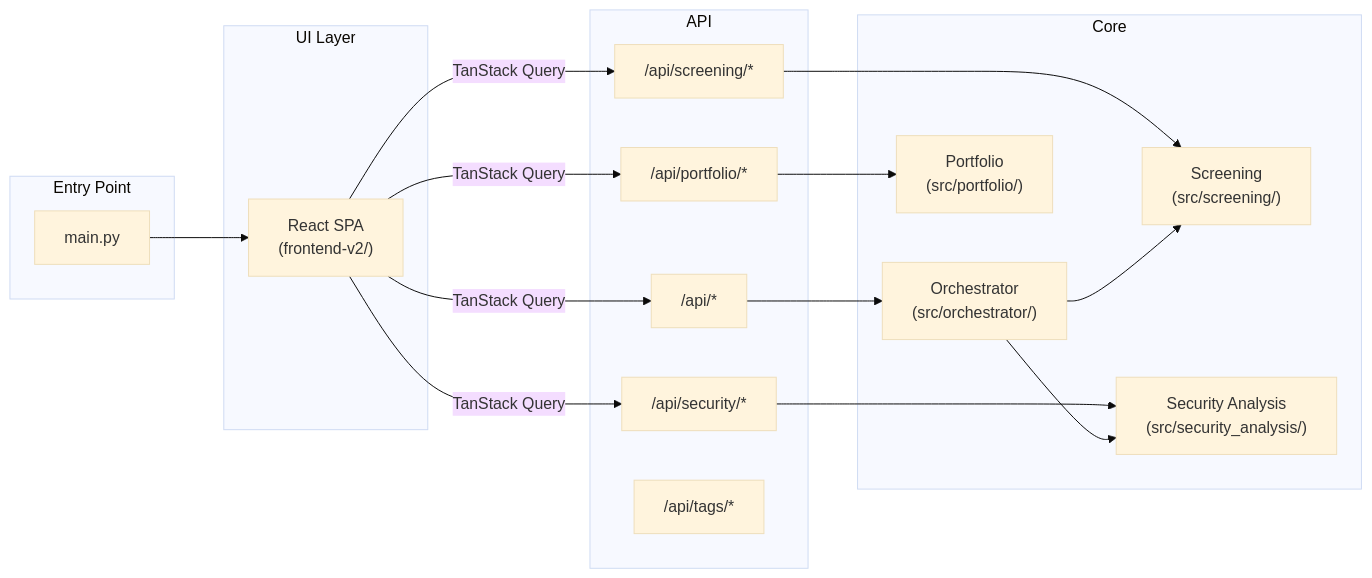
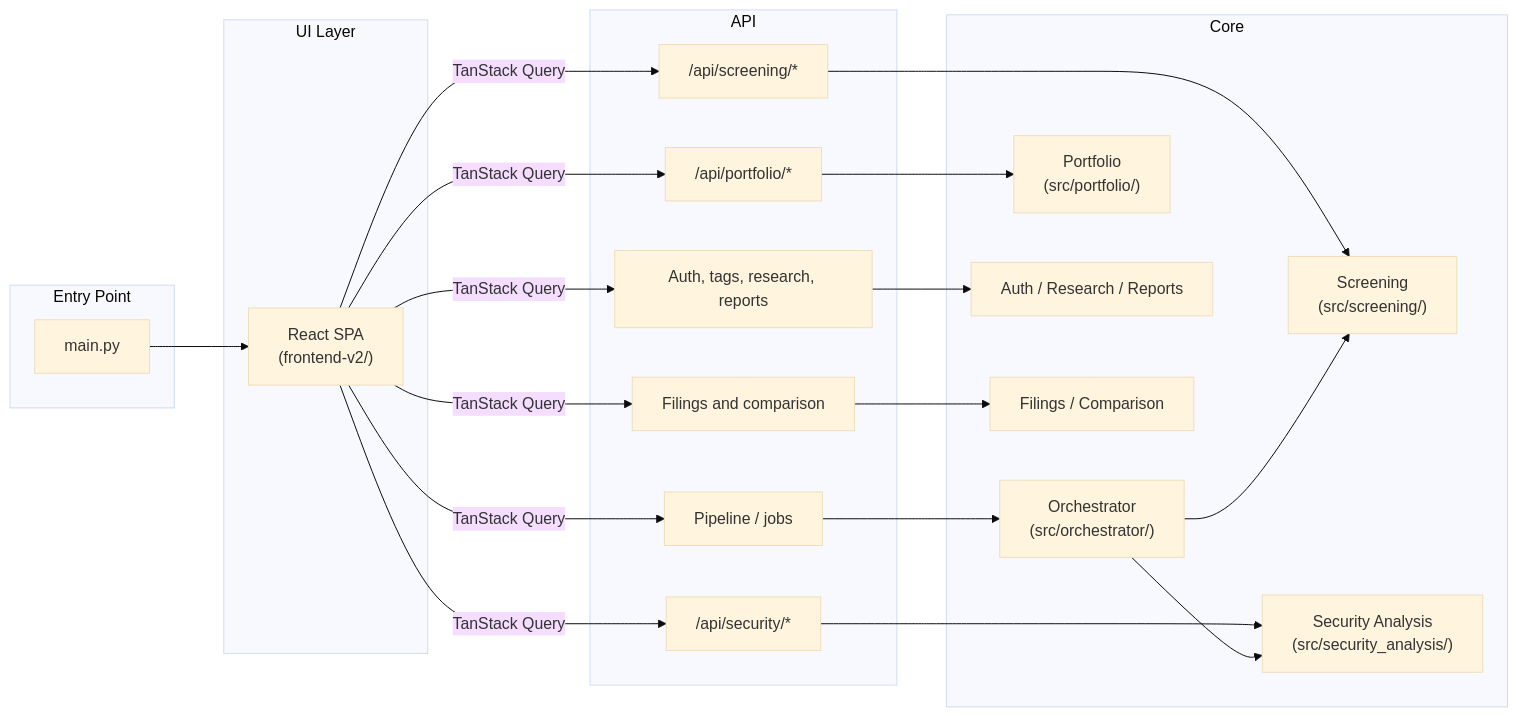
Before and after one commit to TiagoDeMatosDias/EDINET: the diagram in docs/Application Details.md, drawn with Mermaid (base theme). The commit also changed other lines of this file and 74 other files, not shown here.

````diff
--- a/docs/Application Details.md
+++ b/docs/Application Details.md
@@ -61,37 +61,44 @@
 ```mermaid
 flowchart LR
     subgraph Entry["Entry Point"]
         MAIN["main.py"]
     end
 
     subgraph UI["UI Layer"]
         REACT["React SPA<br/>(frontend-v2/)"]
     end
 
     subgraph API["API"]
-        RTR["/api/*"]
+        RTR["Pipeline / jobs"]
         SCR_API["/api/screening/*"]
         SEC_API["/api/security/*"]
         PF_API["/api/portfolio/*"]
-        TAG_API["/api/tags/*"]
+        RES_API["Auth, tags, research, reports"]
+        FIL_API["Filings and comparison"]
     end
 
     subgraph Core["Core"]
         ORCH["Orchestrator<br/>(src/orchestrator/)"]
         SCR["Screening<br/>(src/screening/)"]
         SA["Security Analysis<br/>(src/security_analysis/)"]
         PF["Portfolio<br/>(src/portfolio/)"]
+        RES["Auth / Research / Reports"]
+        FIL["Filings / Comparison"]
     end
 
     MAIN --> REACT
     REACT -->|"TanStack Query"| RTR
     REACT -->|"TanStack Query"| SCR_API
     REACT -->|"TanStack Query"| SEC_API
     REACT -->|"TanStack Query"| PF_API
+    REACT -->|"TanStack Query"| RES_API
+    REACT -->|"TanStack Query"| FIL_API
     RTR --> ORCH
     SCR_API --> SCR
     SEC_API --> SA
     PF_API --> PF
+    RES_API --> RES
+    FIL_API --> FIL
     ORCH --> SCR
     ORCH --> SA
 ```
````
